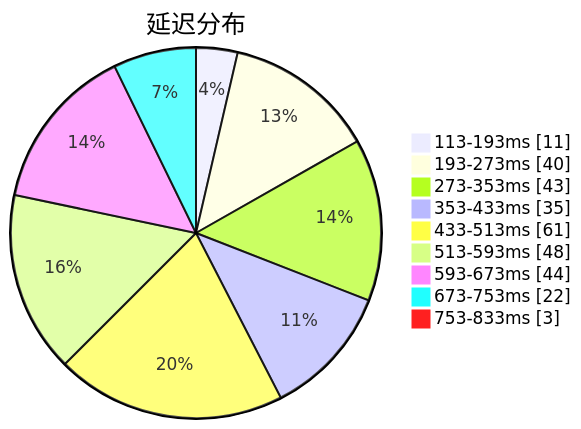
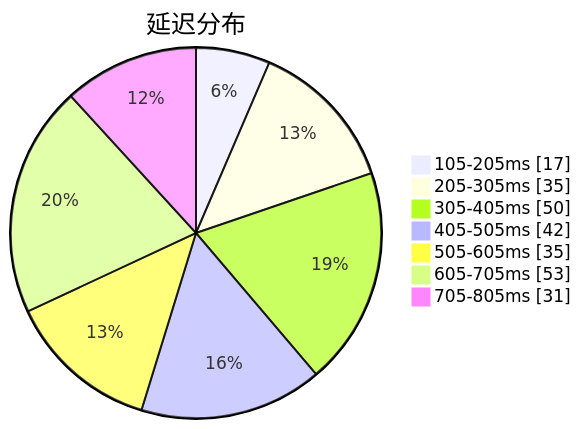
One commit to sinspired/airport changed the first of 3 diagrams in subs/statistics/tested_within.md. Above: the diagram before and after it, drawn with Mermaid. The commit also changed other lines of this file and 2 other files, not shown here.

````diff
--- a/subs/statistics/tested_within.md
+++ b/subs/statistics/tested_within.md
@@ -2,13 +2,11 @@
 ```mermaid
 pie showData
 title 延迟分布
-"113-193ms" : 11
-"193-273ms" : 40
-"273-353ms" : 43
-"353-433ms" : 35
-"433-513ms" : 61
-"513-593ms" : 48
-"593-673ms" : 44
-"673-753ms" : 22
-"753-833ms" : 3
+"105-205ms" : 17
+"205-305ms" : 35
+"305-405ms" : 50
+"405-505ms" : 42
+"505-605ms" : 35
+"605-705ms" : 53
+"705-805ms" : 31
 ```
````
